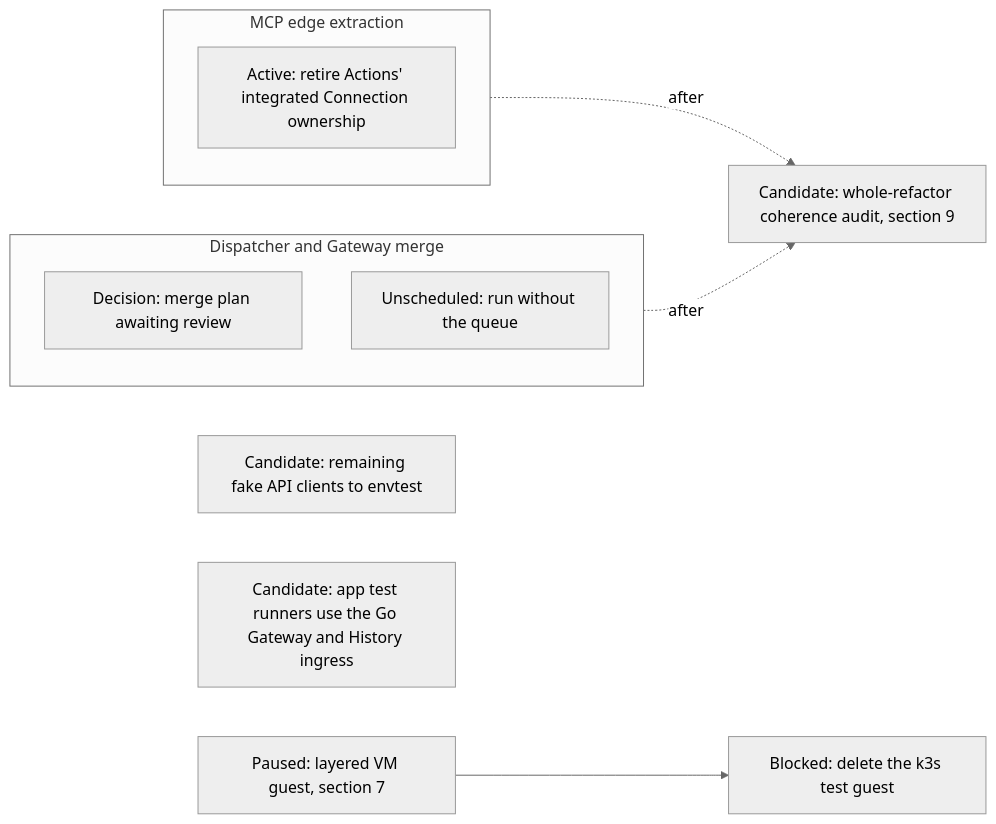
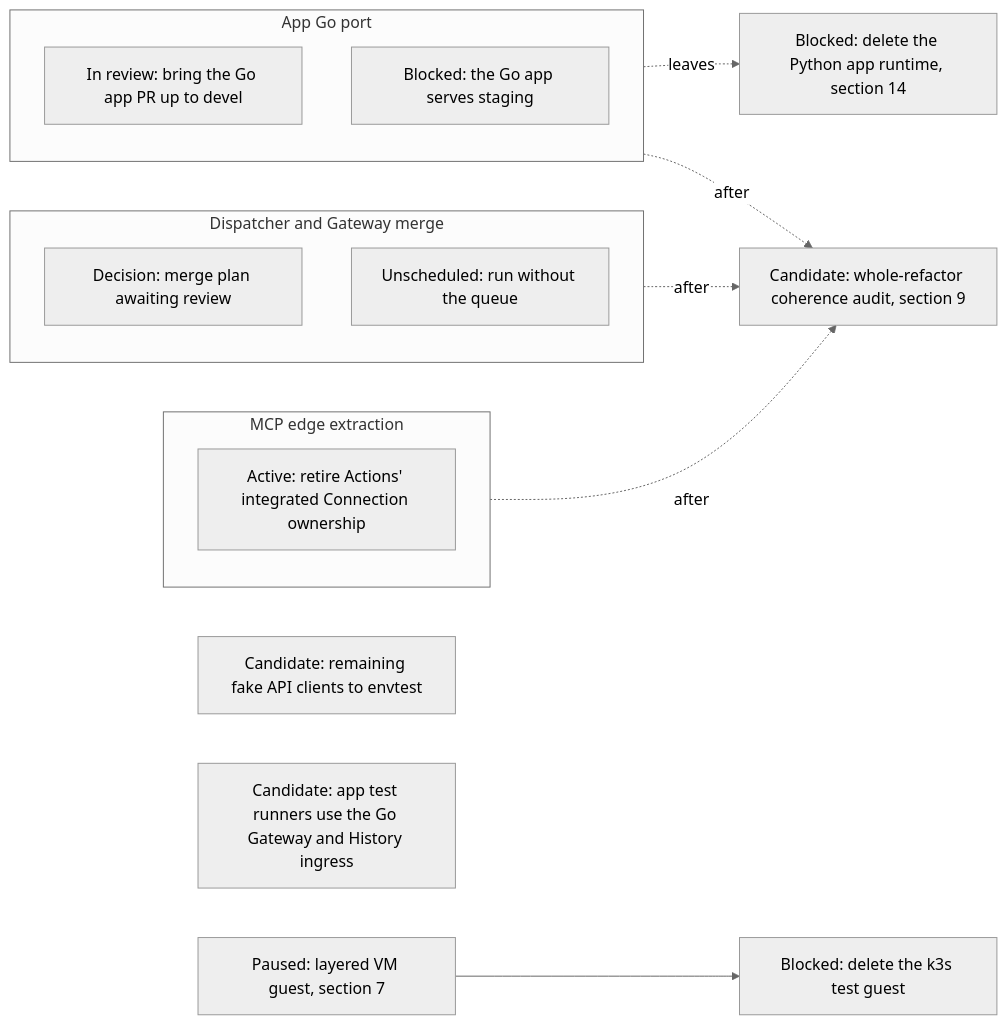
Before and after one commit to agentydragon-agent/ducktape: the first of 20 diagrams in agentplane/plans/task_dag.md, drawn with Mermaid (neutral theme). The commit also changed other lines of this file, not shown here.

````diff
--- a/agentplane/plans/task_dag.md
+++ b/agentplane/plans/task_dag.md
@@ -29,15 +29,21 @@
 ```mermaid
 flowchart LR
     subgraph ACTION_TRACK[MCP edge extraction]
         ACTION_MCP_EDGE_SPLIT[Active: retire Actions' integrated Connection ownership]
     end
     subgraph DISPATCH_TRACK[Dispatcher and Gateway merge]
         DISPATCHER_PERSISTENCE_MODEL_DESIGN[Decision: merge plan awaiting review]
         DISPATCHER_QUEUE_OPTIONAL[Unscheduled: run without the queue]
     end
+    subgraph APP_GO_TRACK[App Go port]
+        APP_GO_PORT_CATCHUP[In review: bring the Go app PR up to devel]
+        APP_GO_CUTOVER[Blocked: the Go app serves staging]
+    end
+    APP_GO_TRACK -. leaves .-> APP_PYTHON_RETIRE[Blocked: delete the Python app runtime, section 14]
     FAKE_CLIENTS_TO_ENVTEST[Candidate: remaining fake API clients to envtest]
     APP_TEST_RUNNER_FIXTURES_GO[Candidate: app test runners use the Go Gateway and History ingress]
     RUNNER_LAYERING_VM[Paused: layered VM guest, section 7] --> K3S_TEST_GUEST_RETIRE[Blocked: delete the k3s test guest]
     ACTION_TRACK -. after .-> REFACTOR_COHERENCE_AUDIT[Candidate: whole-refactor coherence audit, section 9]
     DISPATCH_TRACK -. after .-> REFACTOR_COHERENCE_AUDIT
+    APP_GO_TRACK -. after .-> REFACTOR_COHERENCE_AUDIT
 ```
````
